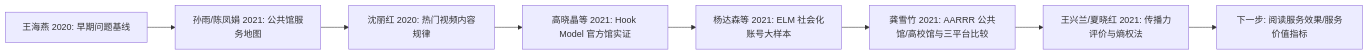
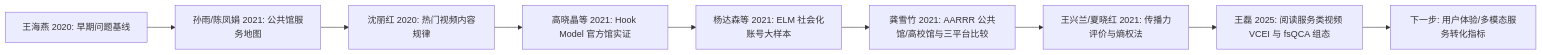
Before and after one commit to leungsx/ResearchWorkflow: the diagram in projects/library_short_video/literature/reading_board.md, drawn with Mermaid. The commit also changed other lines of this file and 179 other files, not shown here.

````diff
--- a/projects/library_short_video/literature/reading_board.md
+++ b/projects/library_short_video/literature/reading_board.md
@@ -113,10 +114,11 @@
 ```mermaid
 flowchart LR
     A[王海燕 2020: 早期问题基线] --> B[孙雨/陈凤娟 2021: 公共馆服务地图]
     B --> C[沈丽红 2020: 热门视频内容规律]
     C --> D[高晓晶等 2021: Hook Model 官方馆实证]
     D --> E[杨达森等 2021: ELM 社会化账号大样本]
     E --> F[龚雪竹 2021: AARRR 公共馆/高校馆与三平台比较]
     F --> G[王兴兰/夏晓红 2021: 传播力评价与熵权法]
-    G --> H[下一步: 阅读服务效果/服务价值指标]
+    G --> H[王磊 2025: 阅读服务类视频 VCEI 与 fsQCA 组态]
+    H --> I[下一步: 用户体验/多模态服务转化指标]
 ```
````
